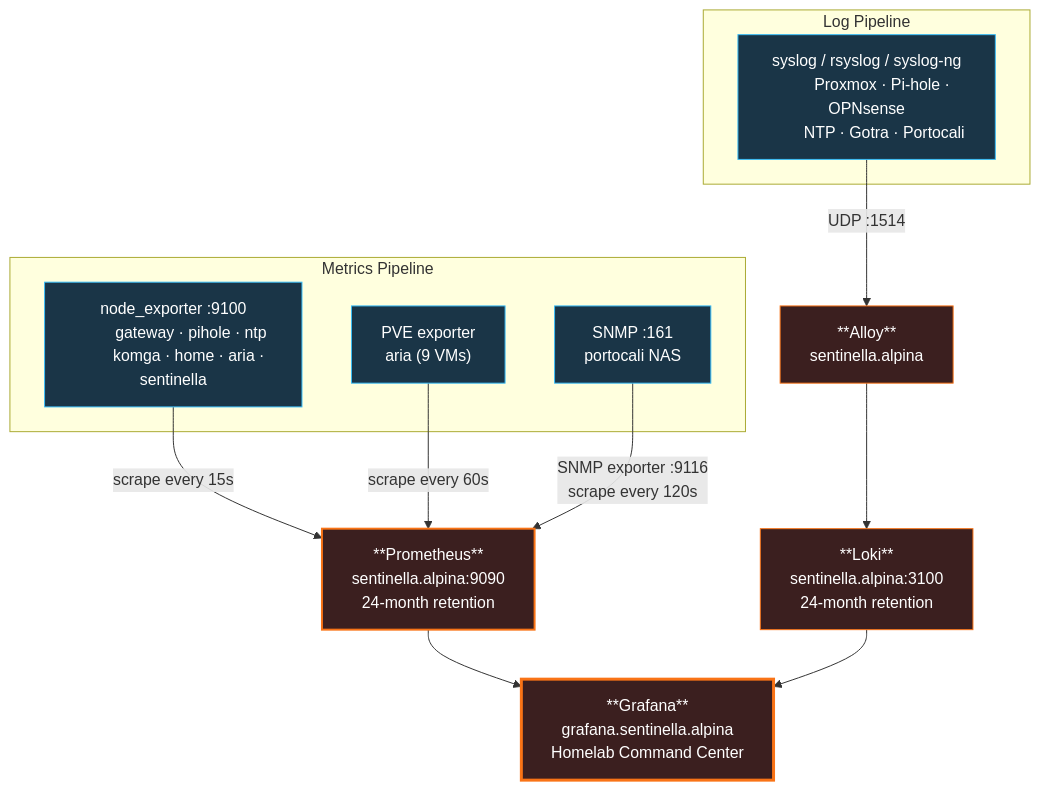
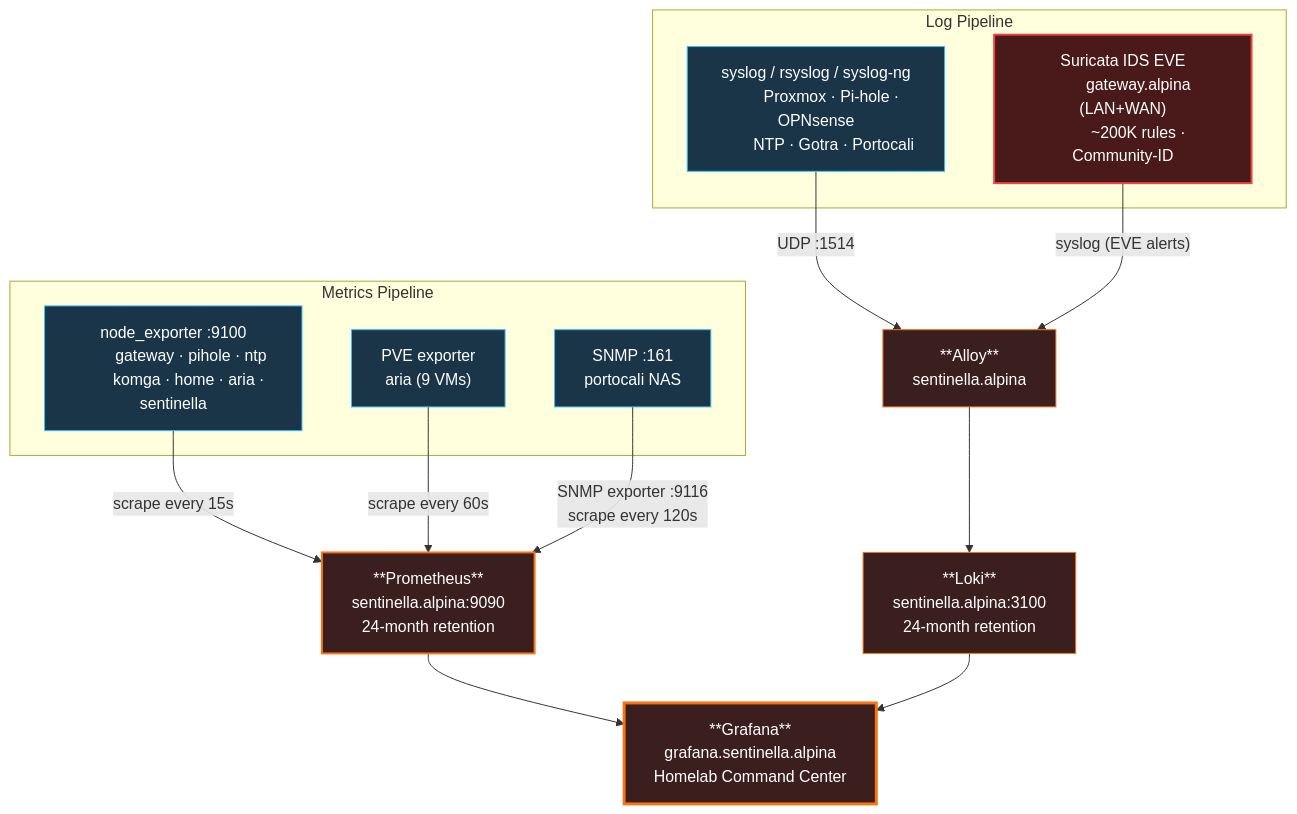
One commit to ParkWardRR/server.alpina-cleanup changed the fourth of 5 diagrams in docs/network-diagram.md. Above: the diagram before and after it, drawn with Mermaid. The commit also changed other lines of this file and 3 other files, not shown here.

First line of the commit message:
Configure Suricata IDS: WAN interface, ET rules, EVE syslog, fix Grafana queries

````diff
--- a/docs/network-diagram.md
+++ b/docs/network-diagram.md
@@ -223,52 +224,57 @@
 ```mermaid
 flowchart TD
     subgraph Metrics["Metrics Pipeline"]
         NE1["node_exporter :9100
         gateway · pihole · ntp
         komga · home · aria · sentinella"]
         PVE["PVE exporter
         aria (9 VMs)"]
         SNMP["SNMP :161
         portocali NAS"]
     end
 
     subgraph Logs["Log Pipeline"]
         SYS["syslog / rsyslog / syslog-ng
         Proxmox · Pi-hole · OPNsense
         NTP · Gotra · Portocali"]
+        IDS["Suricata IDS EVE
+        gateway.alpina (LAN+WAN)
+        ~200K rules · Community-ID"]
     end
 
     NE1 -- "scrape every 15s" --> PROM
     PVE -- "scrape every 60s" --> PROM
     SNMP -- "SNMP exporter :9116
     scrape every 120s" --> PROM
 
     SYS -- "UDP :1514" --> ALLOY
+    IDS -- "syslog (EVE alerts)" --> ALLOY
 
     PROM["**Prometheus**
     sentinella.alpina:9090
     24-month retention"]
     ALLOY["**Alloy**
     sentinella.alpina"]
 
     PROM --> GRAF
     ALLOY --> LOKI
     LOKI --> GRAF
 
     LOKI["**Loki**
     sentinella.alpina:3100
     24-month retention"]
 
     GRAF["**Grafana**
     grafana.sentinella.alpina
     Homelab Command Center"]
 
     style NE1 fill:#1a3547,stroke:#38bdf8,color:#fff
     style PVE fill:#1a3547,stroke:#38bdf8,color:#fff
     style SNMP fill:#1a3547,stroke:#38bdf8,color:#fff
     style SYS fill:#1a3547,stroke:#38bdf8,color:#fff
+    style IDS fill:#4a1a1a,stroke:#ef4444,color:#fff,stroke-width:2px
     style PROM fill:#3b1f1f,stroke:#f97316,color:#fff,stroke-width:2px
     style ALLOY fill:#3b1f1f,stroke:#f97316,color:#fff
     style LOKI fill:#3b1f1f,stroke:#f97316,color:#fff
     style GRAF fill:#3b1f1f,stroke:#f97316,color:#fff,stroke-width:3px
 ```
````
